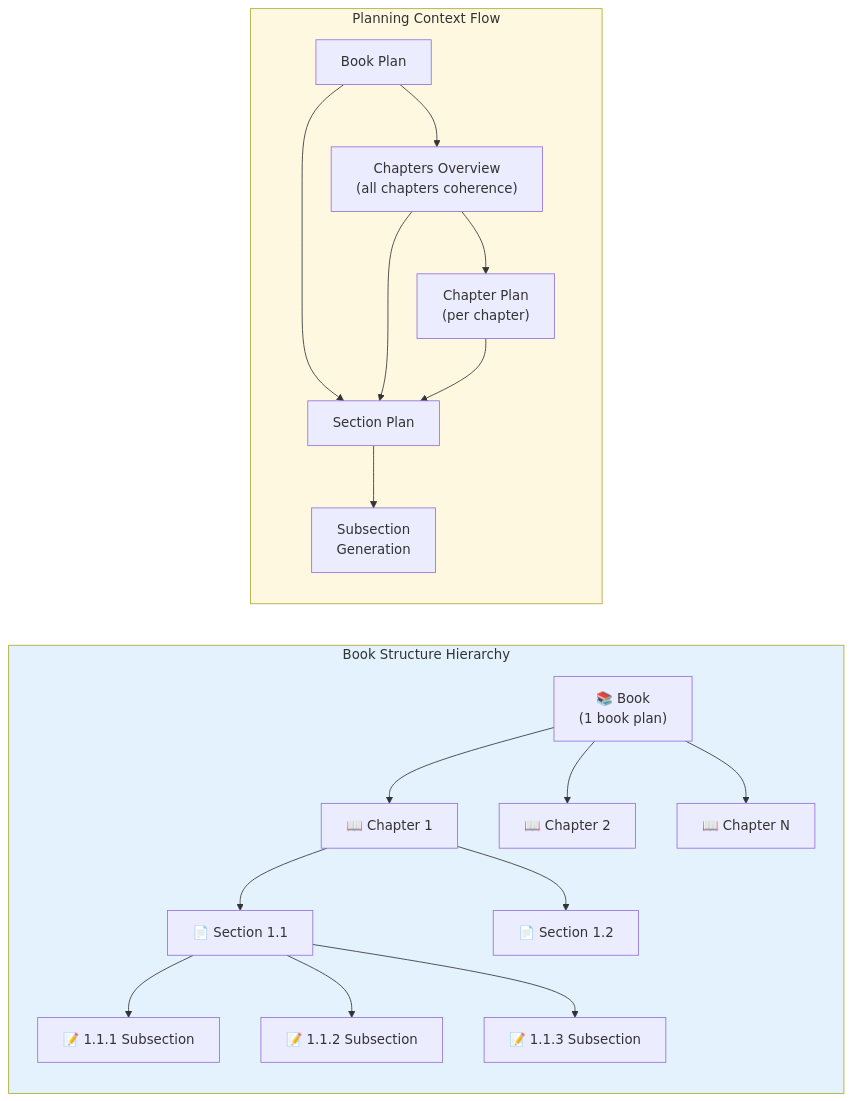
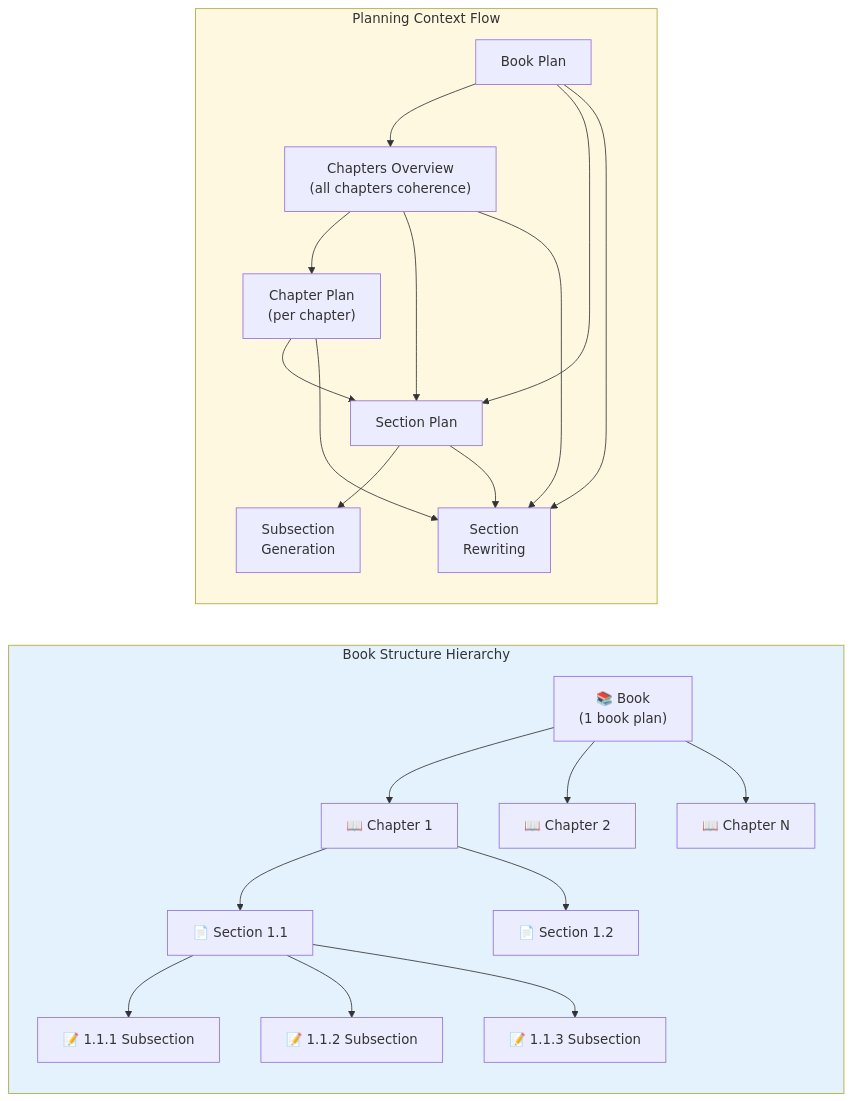
Before and after one commit to AynurAda/book_generator: the second of 2 diagrams in WORKFLOW.md, drawn with Mermaid. The commit also changed other lines of this file and 9 other files, not shown here.

````diff
--- a/WORKFLOW.md
+++ b/WORKFLOW.md
@@ -92,30 +93,34 @@
 ```mermaid
 flowchart LR
     subgraph Hierarchy["Book Structure Hierarchy"]
         direction TB
         Book["📚 Book<br/>(1 book plan)"]
         Book --> Ch1["📖 Chapter 1"]
         Book --> Ch2["📖 Chapter 2"]
         Book --> ChN["📖 Chapter N"]
 
         Ch1 --> S11["📄 Section 1.1"]
         Ch1 --> S12["📄 Section 1.2"]
 
         S11 --> SS111["📝 1.1.1 Subsection"]
         S11 --> SS112["📝 1.1.2 Subsection"]
         S11 --> SS113["📝 1.1.3 Subsection"]
     end
 
     subgraph Planning["Planning Context Flow"]
         direction TB
         BP["Book Plan"] --> CO["Chapters Overview<br/>(all chapters coherence)"]
         CO --> CP["Chapter Plan<br/>(per chapter)"]
         BP --> SP["Section Plan"]
         CO --> SP
         CP --> SP
         SP --> SUB["Subsection<br/>Generation"]
+        BP --> REW["Section<br/>Rewriting"]
+        CO --> REW
+        CP --> REW
+        SP --> REW
     end
 
     style Hierarchy fill:#e3f2fd
     style Planning fill:#fff8e1
 ```
````
